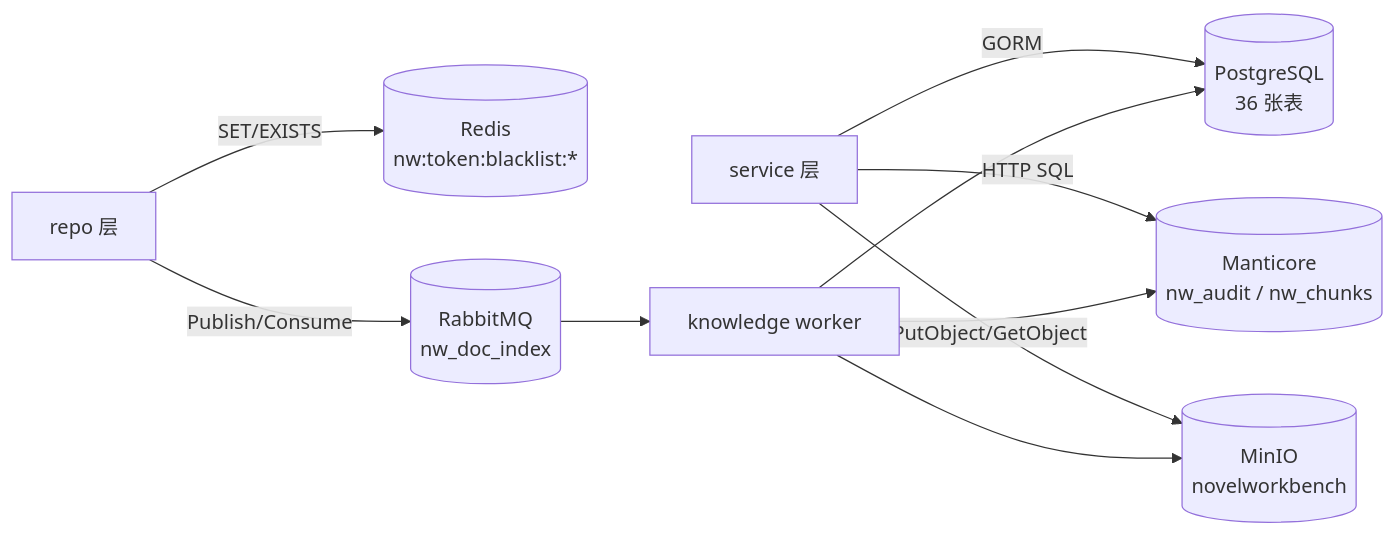
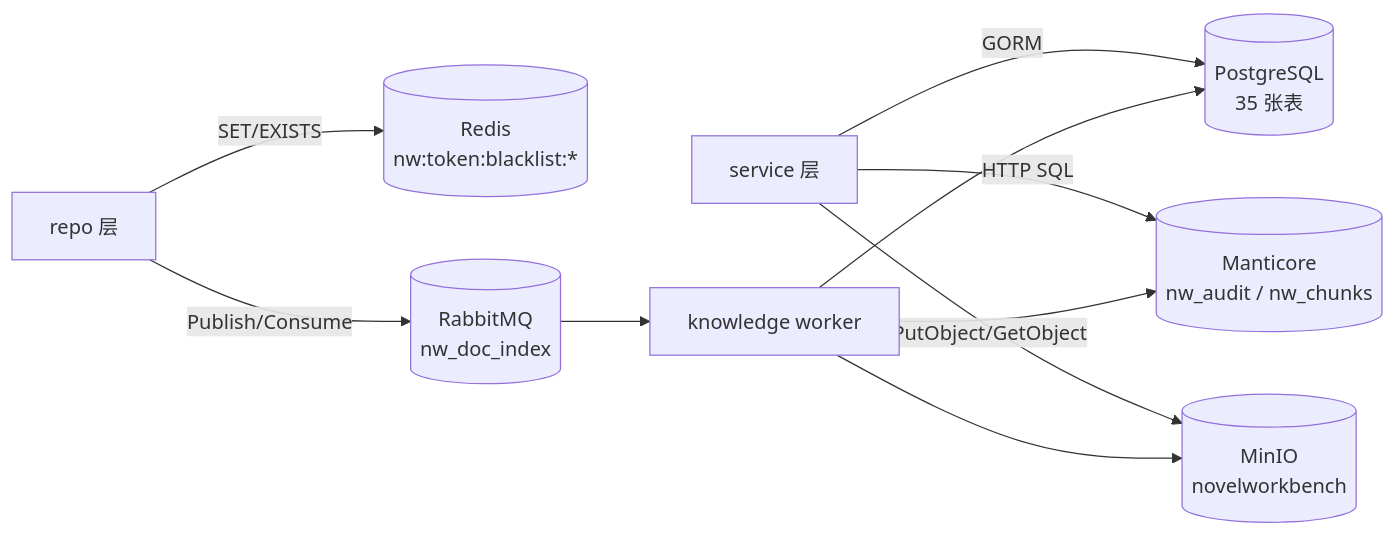
One commit to 2132691342/NovelWorkbench changed the first of 3 diagrams in doc/database.md. Above: the diagram before and after it, drawn with Mermaid. The commit also changed other lines of this file and 155 other files, not shown here.

First line of the commit message:
refactor: 收敛测试与文档，补齐一键开跑主路径与审计链路视图

````diff
--- a/doc/database.md
+++ b/doc/database.md
@@ -16,12 +16,12 @@
 ```mermaid
 flowchart LR
-  SVC[service 层] -->|GORM| PG[(PostgreSQL<br/>36 张表)]
+  SVC[service 层] -->|GORM| PG[(PostgreSQL<br/>35 张表)]
   SVC -->|PutObject/GetObject| MINIO[(MinIO<br/>novelworkbench)]
   SVC -->|HTTP SQL| MC[(Manticore<br/>nw_audit / nw_chunks)]
   REPO[repo 层] -->|SET/EXISTS| REDIS[(Redis<br/>nw:token:blacklist:*)]
   REPO -->|Publish/Consume| MQ[(RabbitMQ<br/>nw_doc_index)]
   MQ --> WORKER[knowledge worker]
   WORKER --> PG
   WORKER --> MC
   WORKER --> MINIO
 ```
````
